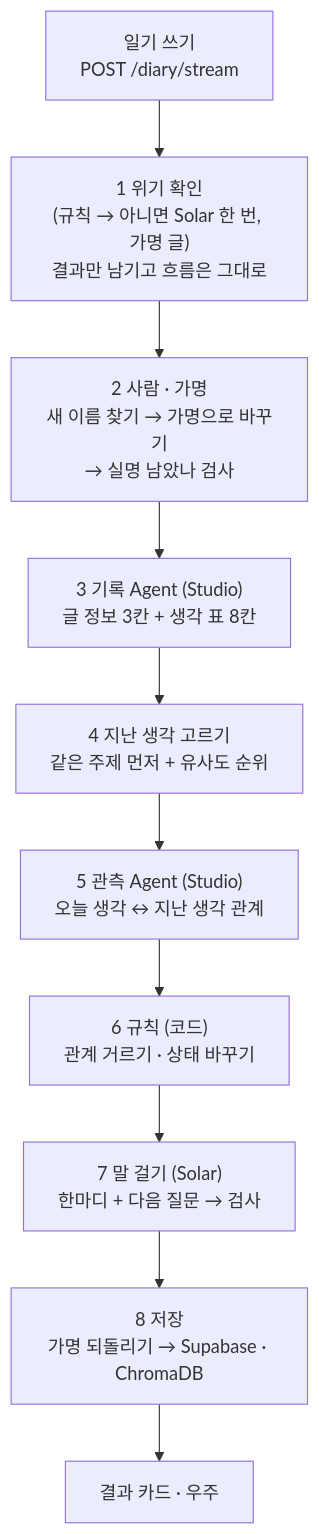
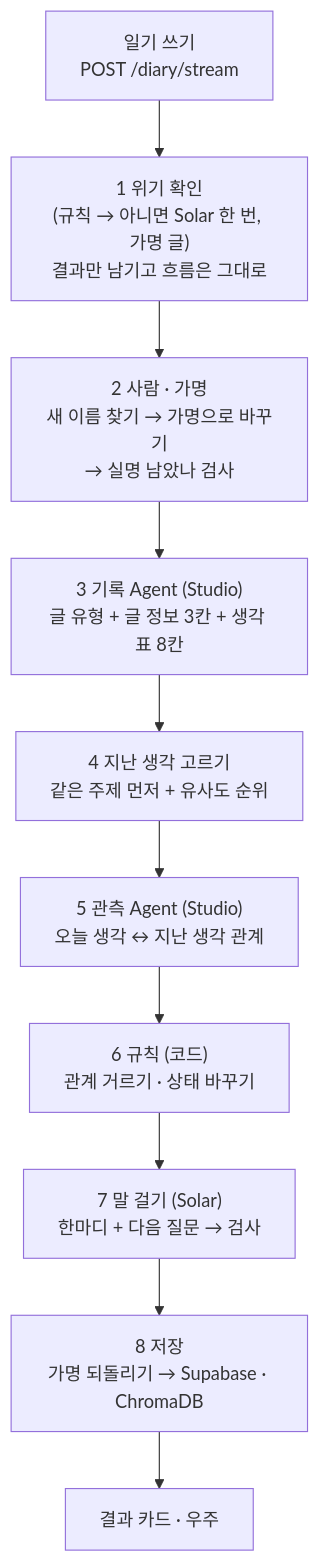
Before and after one commit to Lumiere001/my-universe: the second of 5 diagrams in docs/tech-explainer-v8.md, drawn with Mermaid. The commit also changed other lines of this file, not shown here.

````diff
--- a/docs/tech-explainer-v8.md
+++ b/docs/tech-explainer-v8.md
@@ -140,12 +198,12 @@
 ```mermaid
 flowchart TD
     A["일기 쓰기<br/>POST /diary/stream"] --> S1["1 위기 확인<br/>(규칙 → 아니면 Solar 한 번, 가명 글)<br/>결과만 남기고 흐름은 그대로"]
     S1 --> S2["2 사람 · 가명<br/>새 이름 찾기 → 가명으로 바꾸기<br/>→ 실명 남았나 검사"]
-    S2 --> S3["3 기록 Agent (Studio)<br/>글 정보 3칸 + 생각 표 8칸"]
+    S2 --> S3["3 기록 Agent (Studio)<br/>글 유형 + 글 정보 3칸 + 생각 표 8칸"]
     S3 --> S4["4 지난 생각 고르기<br/>같은 주제 먼저 + 유사도 순위"]
     S4 --> S5["5 관측 Agent (Studio)<br/>오늘 생각 ↔ 지난 생각 관계"]
     S5 --> S6["6 규칙 (코드)<br/>관계 거르기 · 상태 바꾸기"]
     S6 --> S7["7 말 걸기 (Solar)<br/>한마디 + 다음 질문 → 검사"]
     S7 --> S8["8 저장<br/>가명 되돌리기 → Supabase · ChromaDB"]
     S8 --> R["결과 카드 · 우주"]
 ```
````
